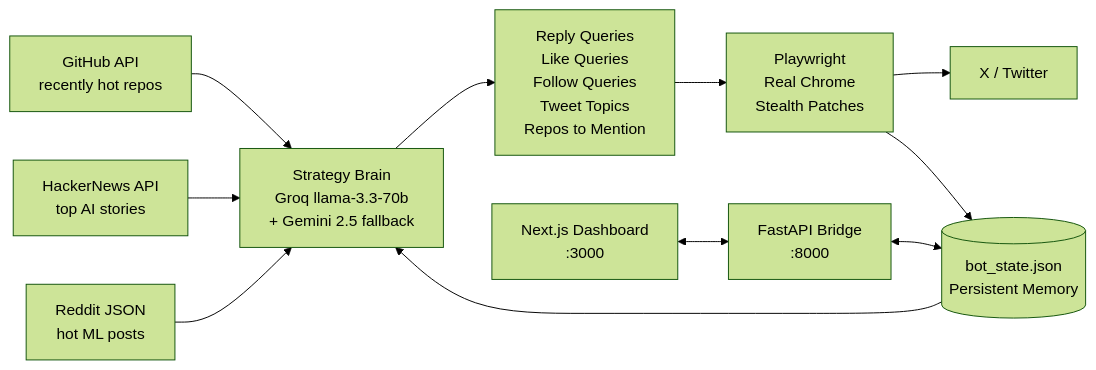
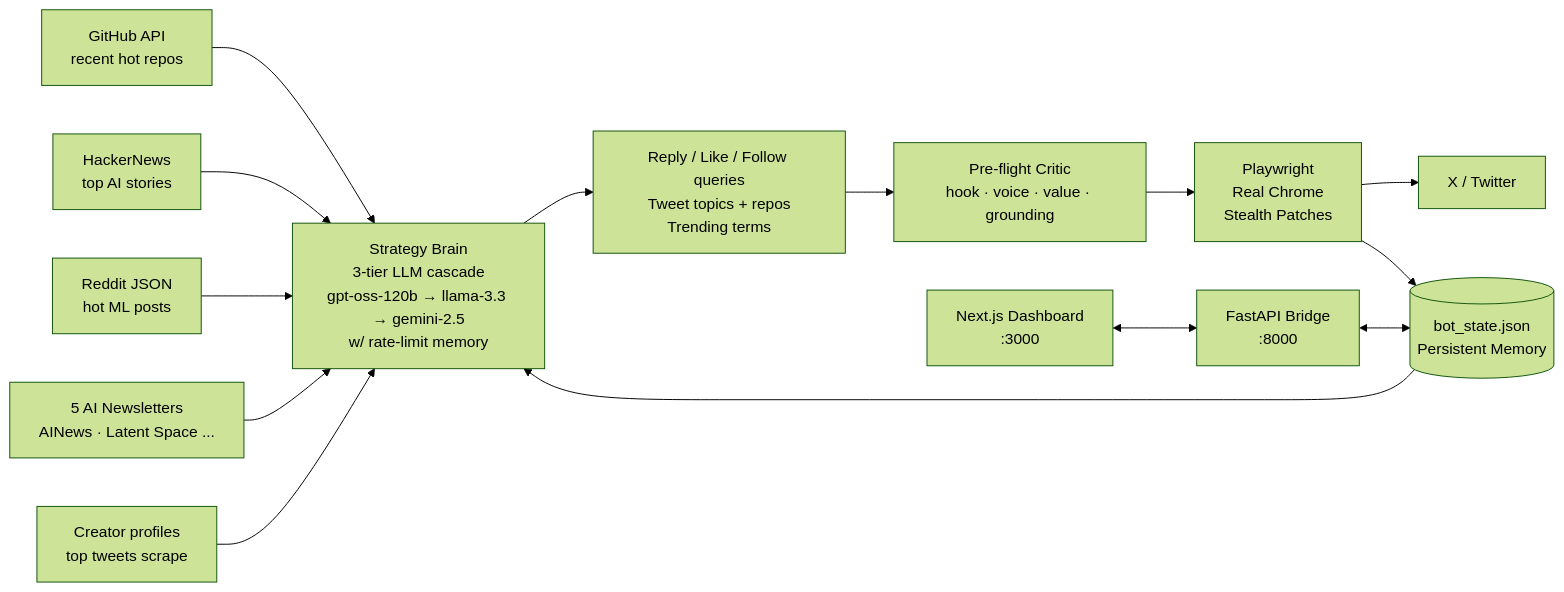
The diagram in README.md (yuno7777/twitter-automation), drawn with Mermaid (forest theme) before and after one commit. The commit also changed other lines of this file, not shown here.

First line of the commit message:
readme: refresh for recent feature batch

````diff
--- a/README.md
+++ b/README.md
@@ -244,14 +293,19 @@
 ```mermaid
 flowchart LR
-    A[GitHub API<br/>recently hot repos] --> S
-    B[HackerNews API<br/>top AI stories] --> S
+    A[GitHub API<br/>recent hot repos] --> S
+    B[HackerNews<br/>top AI stories] --> S
     C[Reddit JSON<br/>hot ML posts] --> S
-    S[Strategy Brain<br/>Groq llama-3.3-70b<br/>+ Gemini 2.5 fallback] --> Q[Reply Queries<br/>Like Queries<br/>Follow Queries<br/>Tweet Topics<br/>Repos to Mention]
-    Q --> P[Playwright<br/>Real Chrome<br/>Stealth Patches]
+    N[5 AI Newsletters<br/>AINews · Latent Space ...] --> S
+    CR[Creator profiles<br/>top tweets scrape] --> S
+
+    S[Strategy Brain<br/>3-tier LLM cascade<br/>gpt-oss-120b → llama-3.3 → gemini-2.5<br/>w/ rate-limit memory] --> Q[Reply / Like / Follow queries<br/>Tweet topics + repos<br/>Trending terms]
+
+    Q --> CR2[Pre-flight Critic<br/>hook · voice · value · grounding]
+    CR2 --> P[Playwright<br/>Real Chrome<br/>Stealth Patches]
     P --> X[X / Twitter]
     P --> M[(bot_state.json<br/>Persistent Memory)]
     M --> S
 
     API[FastAPI Bridge<br/>:8000] <--> M
     UI[Next.js Dashboard<br/>:3000] <--> API
 ```
````
